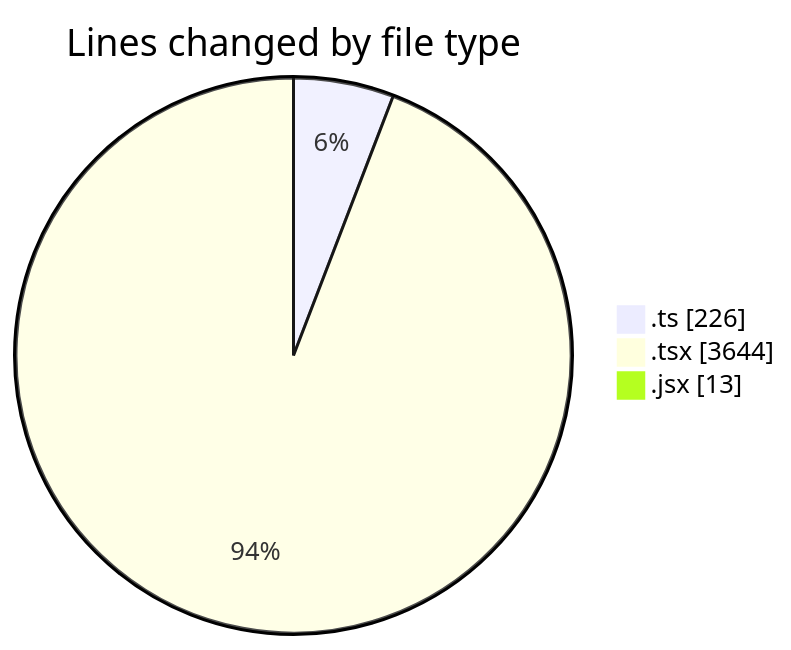
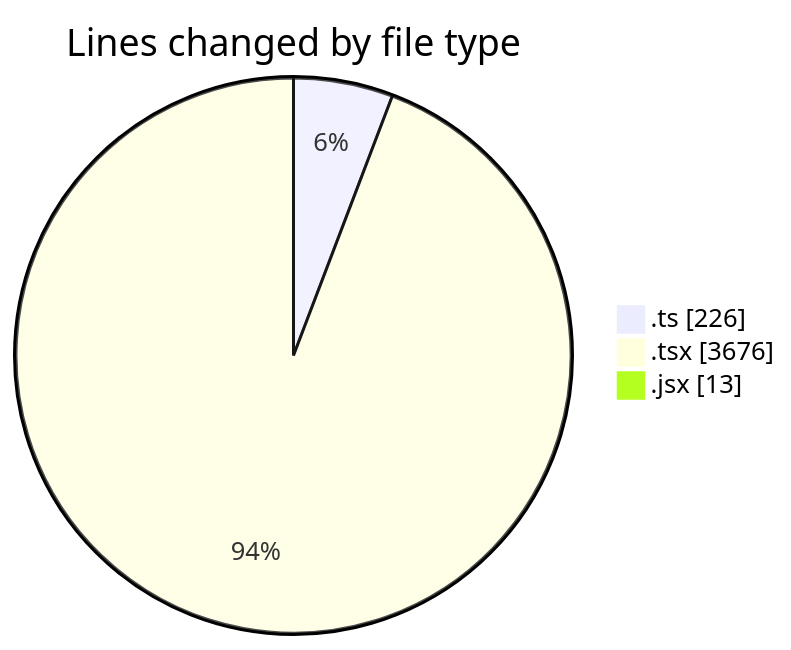
One commit to momahboobian/code-tracking changed the first of 2 diagrams in 2025-12-02/cda/README.md. Above: the diagram before and after it, drawn with Mermaid. The commit also changed other lines of this file and 1 other file, not shown here.

````diff
--- a/2025-12-02/cda/README.md
+++ b/2025-12-02/cda/README.md
@@ -30,7 +30,7 @@
 ```mermaid
 pie showData
 title Lines changed by file type
 ".ts" : 226
-".tsx" : 3644
+".tsx" : 3676
 ".jsx" : 13
 ```
````
